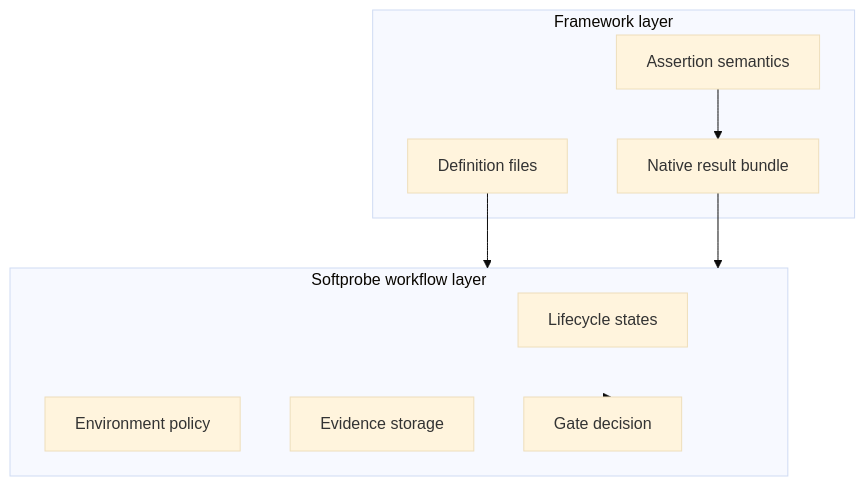
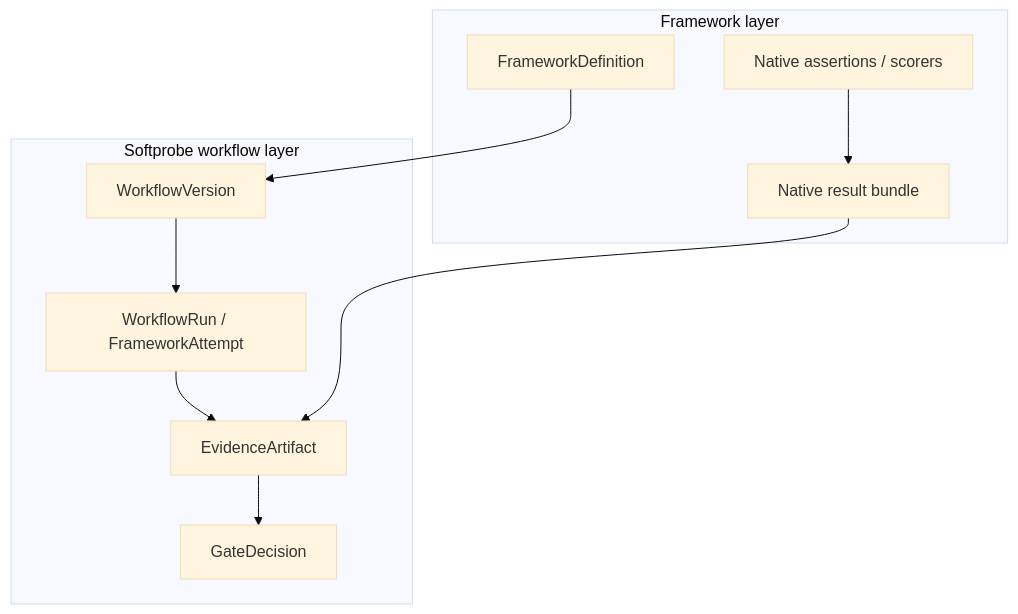
The diagram in en/evaluation/mental-model.md (softprobe/document-website), drawn with Mermaid (base theme) before and after one commit. The commit also changed other lines of this file and 57 other files, not shown here.

````diff
--- a/en/evaluation/mental-model.md
+++ b/en/evaluation/mental-model.md
@@ -14,17 +20,18 @@
 ```mermaid
 flowchart TB
   subgraph framework [Framework layer]
-    Def[Definition files]
-    Sem[Assertion semantics]
+    Def[FrameworkDefinition]
+    Sem[Native assertions / scorers]
     Res[Native result bundle]
   end
   subgraph workflow [Softprobe workflow layer]
-    Life[Lifecycle states]
-    Env[Environment policy]
-    Ev[Evidence storage]
-    Gate[Gate decision]
+    WV[WorkflowVersion]
+    WR[WorkflowRun / FrameworkAttempt]
+    Ev[EvidenceArtifact]
+    Gate[GateDecision]
   end
-  Def --> workflow
-  Sem --> Res --> workflow
-  workflow --> Gate
+  Def --> WV
+  Sem --> Res
+  WV --> WR --> Ev --> Gate
+  Res --> Ev
 ```
````
